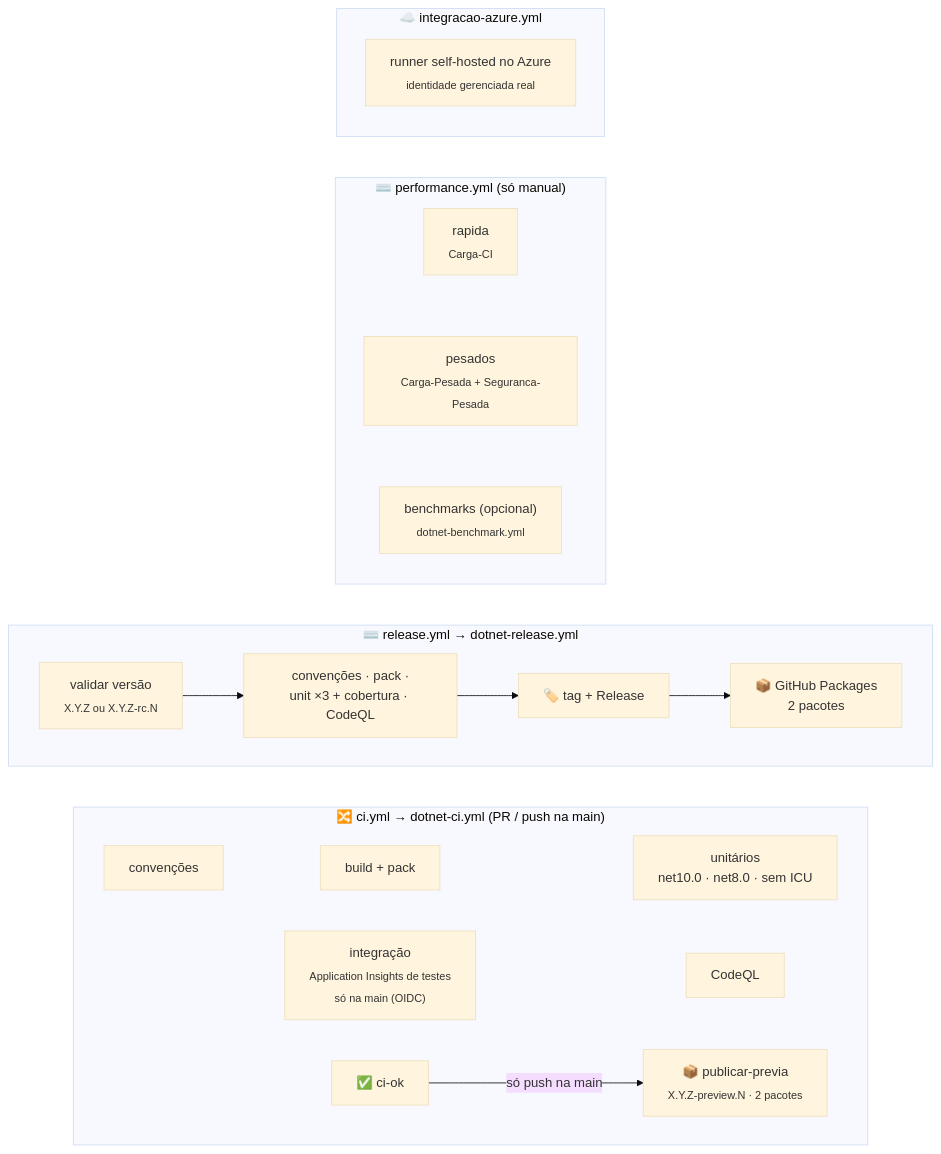
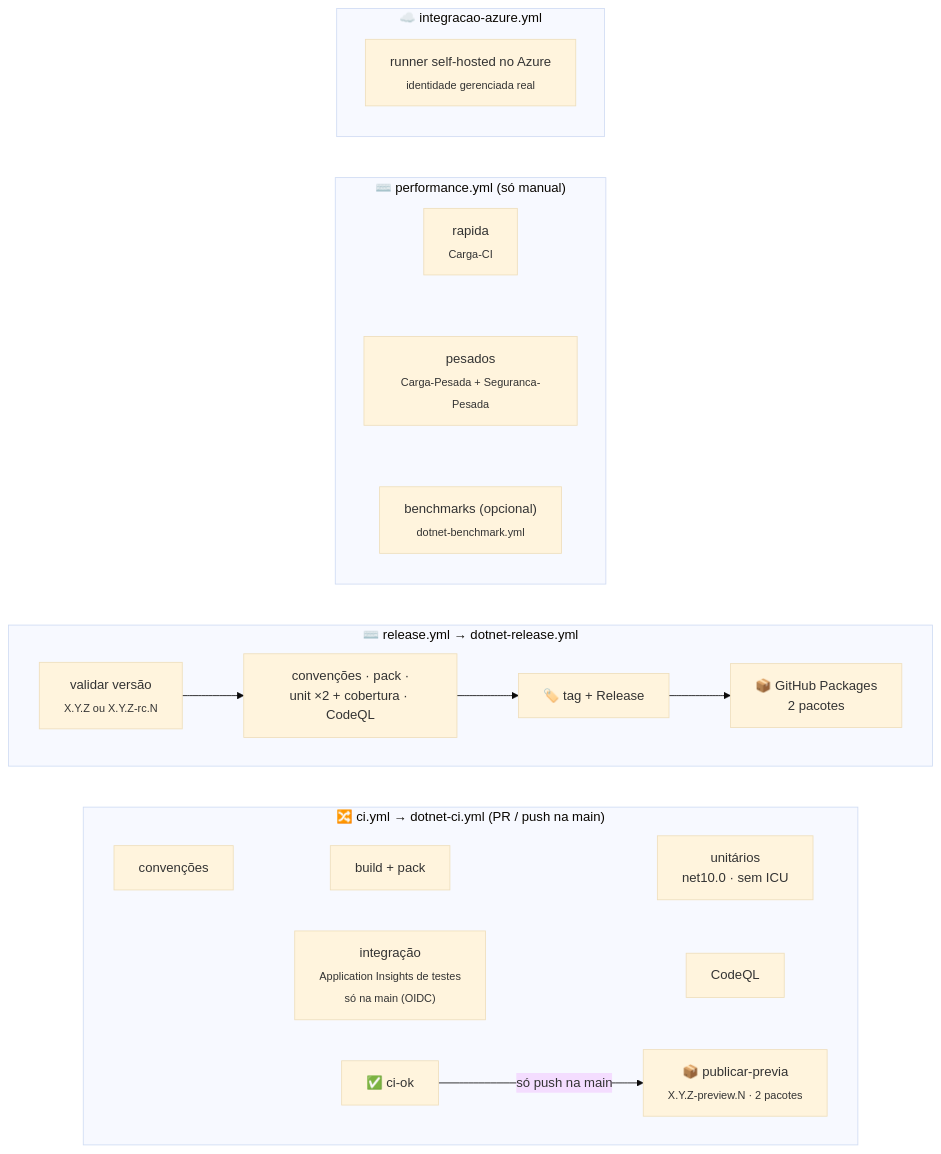
Before and after one commit to tudoemcodigo/lib-tec-observability: the diagram in .github/workflows/README.md, drawn with Mermaid (base theme). The commit also changed other lines of this file and 57 other files, not shown here.

````diff
--- a/.github/workflows/README.md
+++ b/.github/workflows/README.md
@@ -31,20 +31,20 @@
 ```mermaid
 flowchart LR
     subgraph PR["🔀 ci.yml → dotnet-ci.yml (PR / push na main)"]
         direction LR
-        CV["convenções"] ~~~ BP["build + pack"] ~~~ U["unitários<br/>net10.0 · net8.0 · sem ICU"]
+        CV["convenções"] ~~~ BP["build + pack"] ~~~ U["unitários<br/>net10.0 · sem ICU"]
         IT["integração<br/><sub>Application Insights de testes<br/>só na main (OIDC)</sub>"] ~~~ CQ["CodeQL"]
         OK["✅ ci-ok"]
         OK -- "só push na main" --> PV["📦 publicar-previa<br/><sub>X.Y.Z-preview.N · 2 pacotes</sub>"]
     end
     subgraph REL["⌨️ release.yml → dotnet-release.yml"]
         direction LR
-        V["validar versão<br/><sub>X.Y.Z ou X.Y.Z-rc.N</sub>"] --> G["convenções · pack ·<br/>unit ×3 + cobertura · CodeQL"] --> TAG["🏷️ tag + Release"] --> PUB["📦 GitHub Packages<br/>2 pacotes"]
+        V["validar versão<br/><sub>X.Y.Z ou X.Y.Z-rc.N</sub>"] --> G["convenções · pack ·<br/>unit ×2 + cobertura · CodeQL"] --> TAG["🏷️ tag + Release"] --> PUB["📦 GitHub Packages<br/>2 pacotes"]
     end
     subgraph PERF["⌨️ performance.yml (só manual)"]
         RA["rapida<br/><sub>Carga-CI</sub>"] ~~~ HV["pesados<br/><sub>Carga-Pesada + Seguranca-Pesada</sub>"] ~~~ BM["benchmarks (opcional)<br/><sub>dotnet-benchmark.yml</sub>"]
     end
     subgraph AZ["☁️ integracao-azure.yml"]
         SH["runner self-hosted no Azure<br/><sub>identidade gerenciada real</sub>"]
     end
 ```
````
